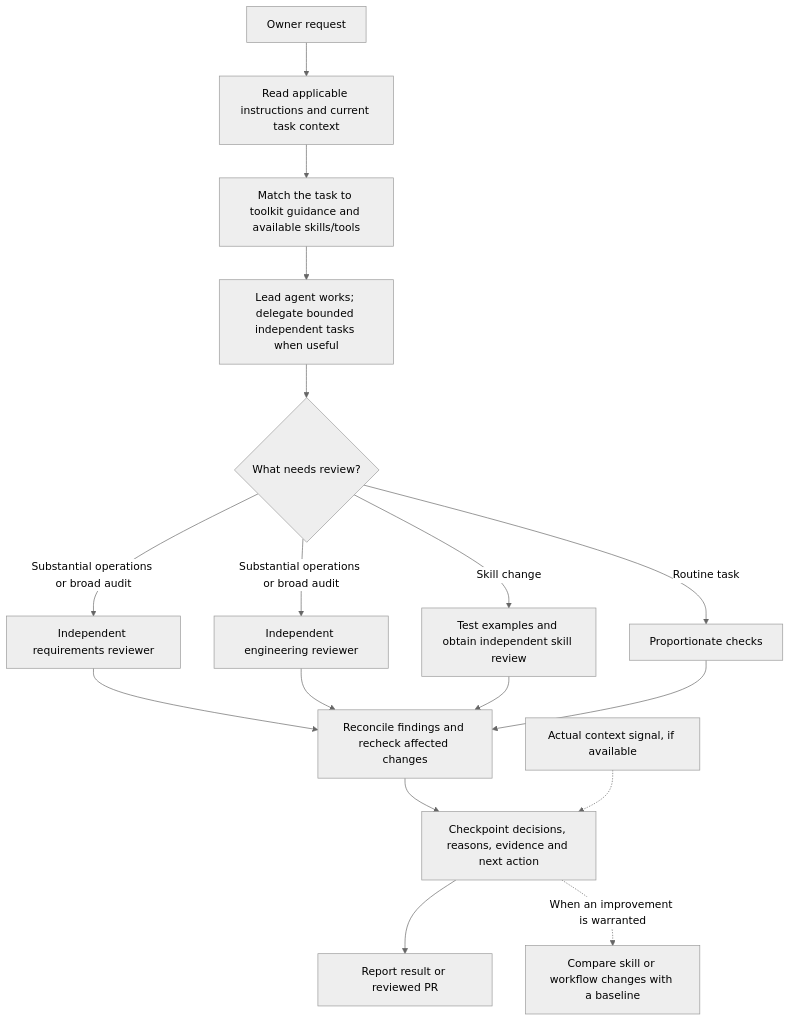
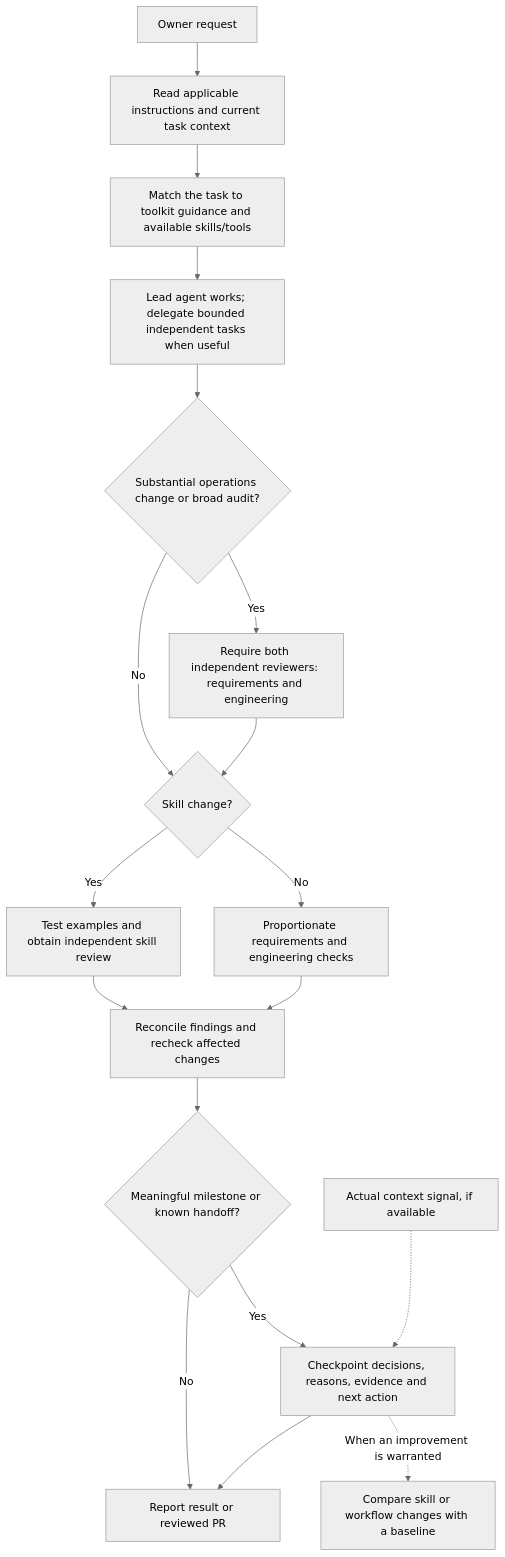
One commit to Vziraka/ensizziyo-web-studio changed the diagram in docs/studio-workflow.md. Above: the diagram before and after it, drawn with Mermaid (neutral theme). The commit also changed 1 other file, not shown here.

Commit message:
Clarify review paths in the workflow diagram

````diff
--- a/docs/studio-workflow.md
+++ b/docs/studio-workflow.md
@@ -9,19 +9,20 @@
 ```mermaid
 flowchart TD
     A["Owner request"] --> B["Read applicable instructions and current task context"]
     B --> C["Match the task to toolkit guidance and available skills/tools"]
     C --> D["Lead agent works; delegate bounded independent tasks when useful"]
-    D --> E{"What needs review?"}
-    E -- "Substantial operations or broad audit" --> F["Independent requirements reviewer"]
-    E -- "Substantial operations or broad audit" --> G["Independent engineering reviewer"]
-    E -- "Skill change" --> H["Test examples and obtain independent skill review"]
-    E -- "Routine task" --> I["Proportionate checks"]
-    F --> J["Reconcile findings and recheck affected changes"]
-    G --> J
-    H --> J
+    D --> E{"Substantial operations change or broad audit?"}
+    E -- "Yes" --> F["Require both independent reviewers: requirements and engineering"]
+    E -- "No" --> G{"Skill change?"}
+    F --> G
+    G -- "Yes" --> H["Test examples and obtain independent skill review"]
+    G -- "No" --> I["Proportionate requirements and engineering checks"]
+    H --> J["Reconcile findings and recheck affected changes"]
     I --> J
-    J --> K["Checkpoint decisions, reasons, evidence and next action"]
-    K --> L["Report result or reviewed PR"]
-    M["Actual context signal, if available"] -.-> K
-    K -. "When an improvement is warranted" .-> N["Compare skill or workflow changes with a baseline"]
+    J --> K{"Meaningful milestone or known handoff?"}
+    K -- "Yes" --> L["Checkpoint decisions, reasons, evidence and next action"]
+    K -- "No" --> M["Report result or reviewed PR"]
+    L --> M
+    N["Actual context signal, if available"] -.-> L
+    L -. "When an improvement is warranted" .-> O["Compare skill or workflow changes with a baseline"]
 ```
````
